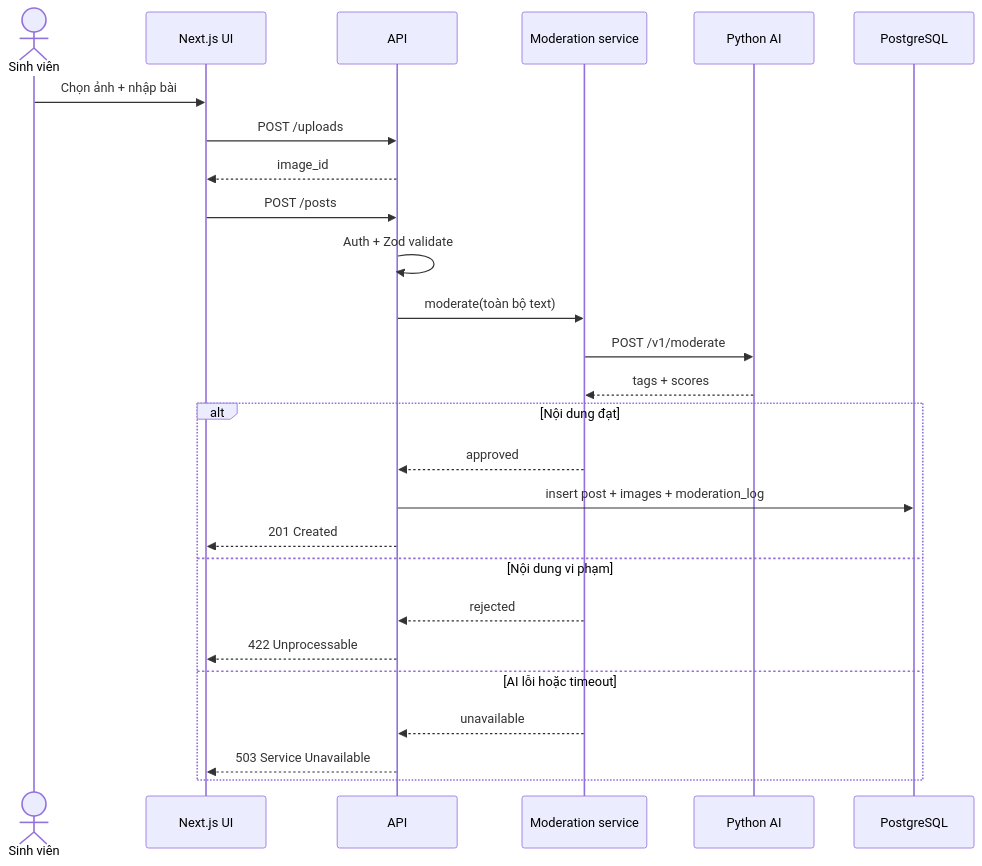
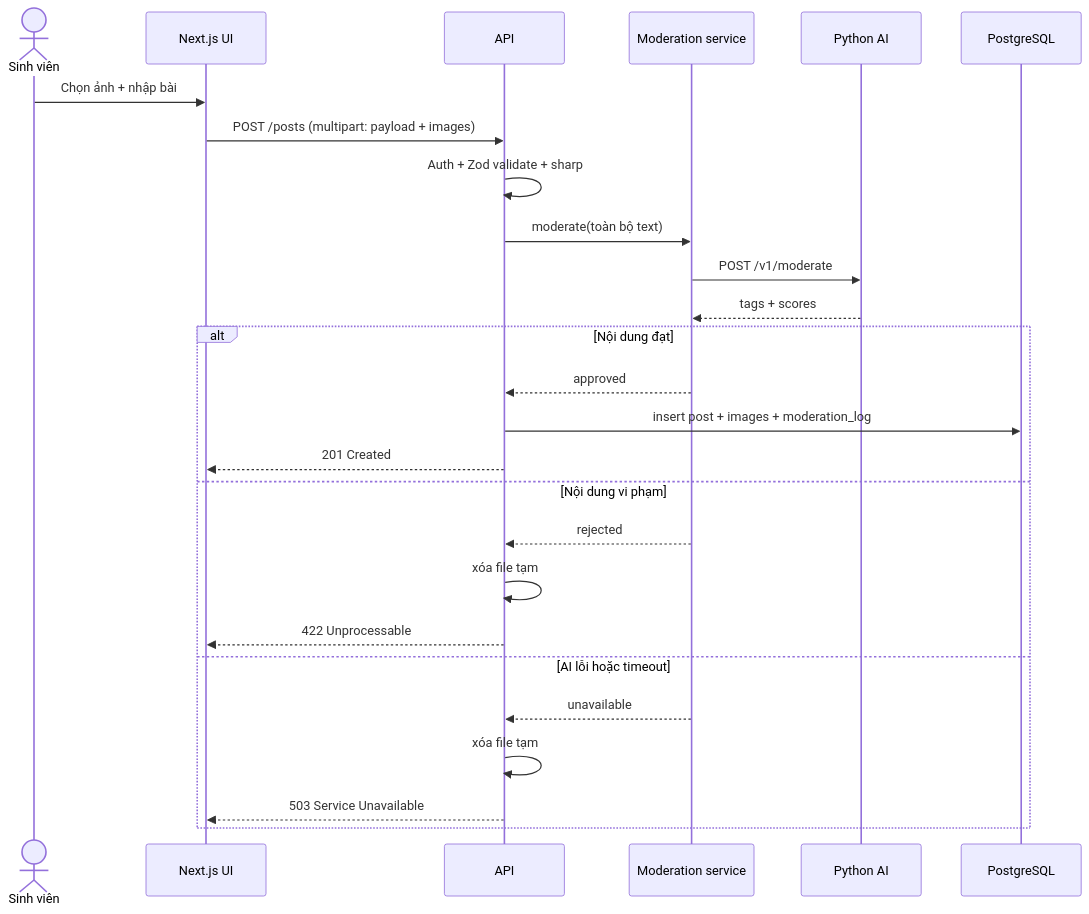
One commit to Smokiestfox/sivi-app changed the fifth of 8 diagrams in docs/diagrams.md. Above: the diagram before and after it, drawn with Mermaid. The commit also changed other lines of this file and 15 other files, not shown here.

```diff
--- a/docs/diagrams.md
+++ b/docs/diagrams.md
@@ -141,31 +141,30 @@
 ~~~mermaid
 sequenceDiagram
     actor SV as Sinh viên
     participant UI as Next.js UI
     participant API as API
     participant MOD as Moderation service
     participant AI as Python AI
     participant DB as PostgreSQL
 
     SV->>UI: Chọn ảnh + nhập bài
-    UI->>API: POST /uploads
-    API-->>UI: image_id
-
-    UI->>API: POST /posts
-    API->>API: Auth + Zod validate
+    UI->>API: POST /posts (multipart: payload + images)
+    API->>API: Auth + Zod validate + sharp
     API->>MOD: moderate(toàn bộ text)
     MOD->>AI: POST /v1/moderate
     AI-->>MOD: tags + scores
 
     alt Nội dung đạt
         MOD-->>API: approved
         API->>DB: insert post + images + moderation_log
         API-->>UI: 201 Created
     else Nội dung vi phạm
         MOD-->>API: rejected
+        API->>API: xóa file tạm
         API-->>UI: 422 Unprocessable
     else AI lỗi hoặc timeout
         MOD-->>API: unavailable
+        API->>API: xóa file tạm
         API-->>UI: 503 Service Unavailable
     end
 ~~~
```
